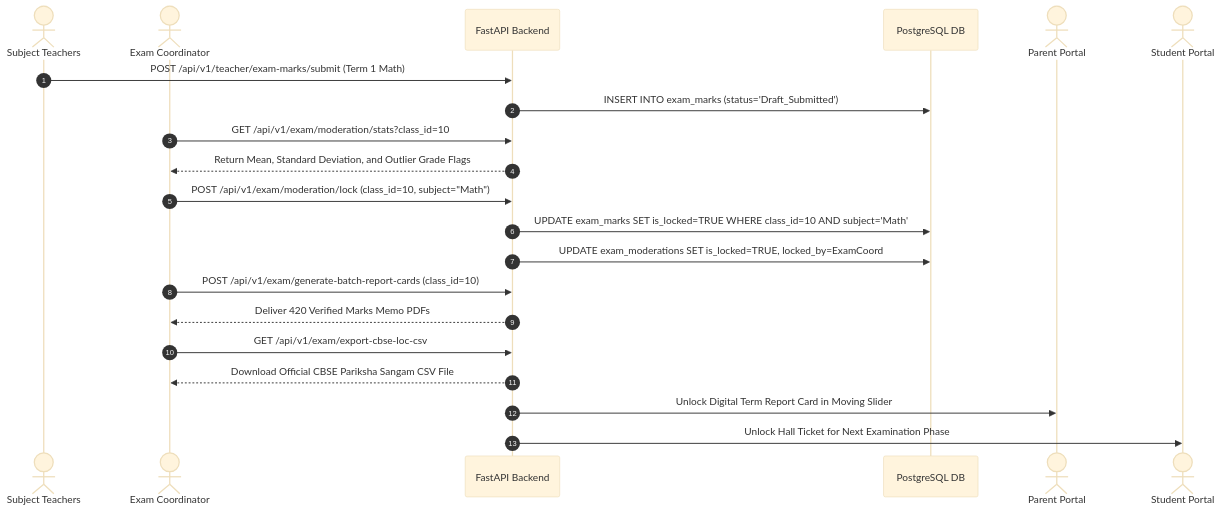
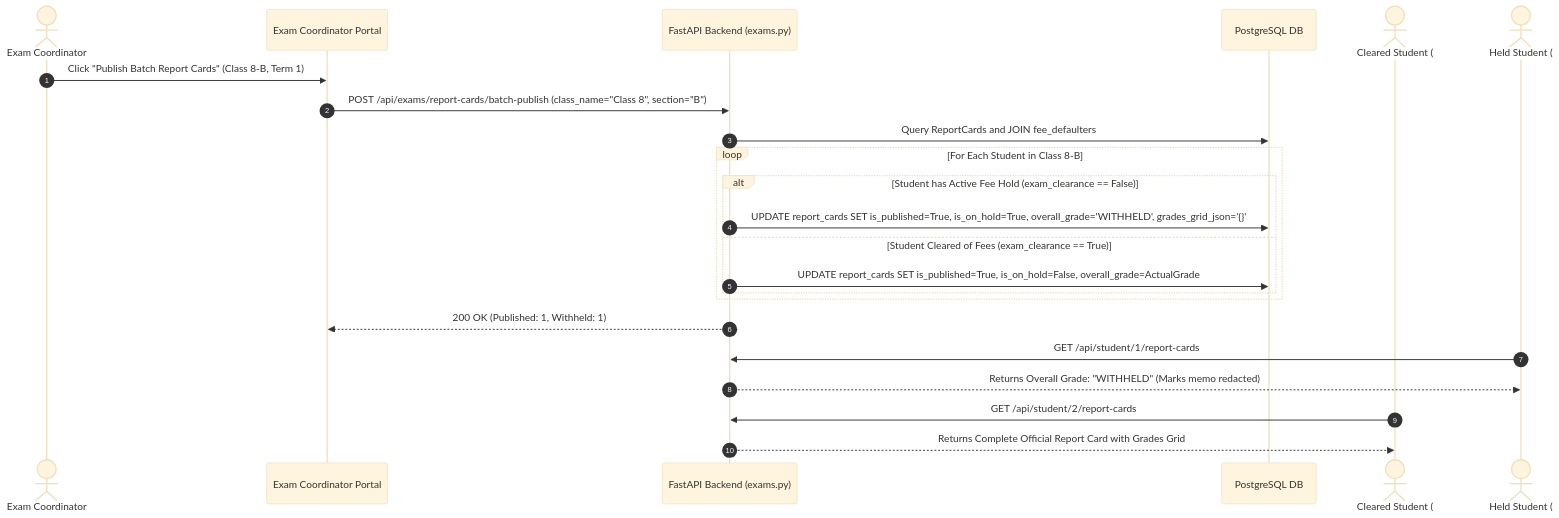
Diagram 13 of 20 in docs/architecture/ROLE_WISE_ARCHITECTURE_AND_WORKFLOWS.md (DiradzProducts/EDU360), drawn with Mermaid (base theme) before and after one commit. The commit also changed other lines of this file and 54 other files, not shown here.

Commit message:
feat(core): synchronize cross-role workflows, dynamic surveillance, and v10.0 architecture

````diff
--- a/docs/architecture/ROLE_WISE_ARCHITECTURE_AND_WORKFLOWS.md
+++ b/docs/architecture/ROLE_WISE_ARCHITECTURE_AND_WORKFLOWS.md
@@ -526,24 +573,27 @@
 ```mermaid
 sequenceDiagram
     autonumber
-    actor Teachers as Subject Teachers
     actor ExamCoord as Exam Coordinator
-    participant API as FastAPI Backend
+    participant UI as Exam Coordinator Portal
+    participant API as FastAPI Backend (exams.py)
     participant DB as PostgreSQL DB
-    actor Parent as Parent Portal
-    actor Student as Student Portal
+    actor StudentCleared as Cleared Student (#2)
+    actor StudentHeld as Held Student (#1)
 
-    Teachers->>API: POST /api/v1/teacher/exam-marks/submit (Term 1 Math)
-    API->>DB: INSERT INTO exam_marks (status='Draft_Submitted')
-    ExamCoord->>API: GET /api/v1/exam/moderation/stats?class_id=10
-    API-->>ExamCoord: Return Mean, Standard Deviation, and Outlier Grade Flags
-    ExamCoord->>API: POST /api/v1/exam/moderation/lock (class_id=10, subject="Math")
-    API->>DB: UPDATE exam_marks SET is_locked=TRUE WHERE class_id=10 AND subject='Math'
-    API->>DB: UPDATE exam_moderations SET is_locked=TRUE, locked_by=ExamCoord
-    ExamCoord->>API: POST /api/v1/exam/generate-batch-report-cards (class_id=10)
-    API-->>ExamCoord: Deliver 420 Verified Marks Memo PDFs
-    ExamCoord->>API: GET /api/v1/exam/export-cbse-loc-csv
-    API-->>ExamCoord: Download Official CBSE Pariksha Sangam CSV File
-    API->>Parent: Unlock Digital Term Report Card in Moving Slider
-    API->>Student: Unlock Hall Ticket for Next Examination Phase
+    ExamCoord->>UI: Click "Publish Batch Report Cards" (Class 8-B, Term 1)
+    UI->>API: POST /api/exams/report-cards/batch-publish (class_name="Class 8", section="B")
+    API->>DB: Query ReportCards and JOIN fee_defaulters
+    loop For Each Student in Class 8-B
+        alt Student has Active Fee Hold (exam_clearance == False)
+            API->>DB: UPDATE report_cards SET is_published=True, is_on_hold=True, overall_grade='WITHHELD', grades_grid_json='{}'
+        else Student Cleared of Fees (exam_clearance == True)
+            API->>DB: UPDATE report_cards SET is_published=True, is_on_hold=False, overall_grade=ActualGrade
+        end
+    end
+    API-->>UI: 200 OK (Published: 1, Withheld: 1)
+    
+    StudentHeld->>API: GET /api/student/1/report-cards
+    API-->>StudentHeld: Returns Overall Grade: "WITHHELD" (Marks memo redacted)
+    StudentCleared->>API: GET /api/student/2/report-cards
+    API-->>StudentCleared: Returns Complete Official Report Card with Grades Grid
 ```
````
